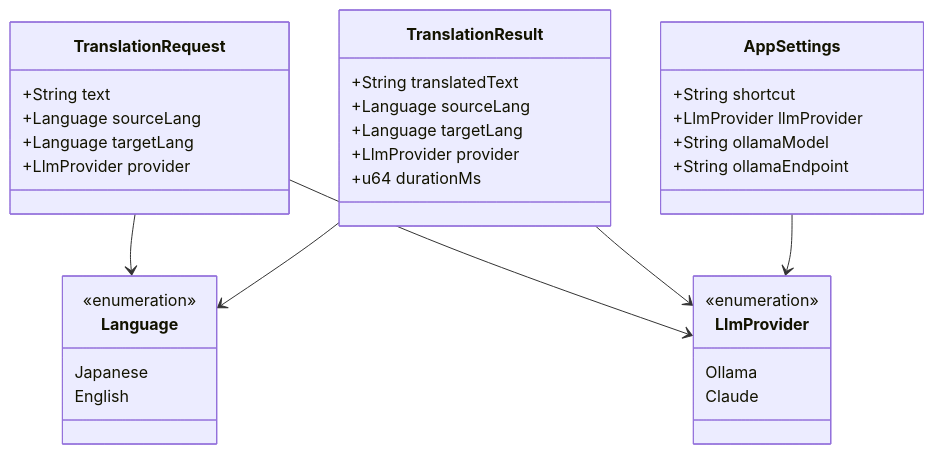
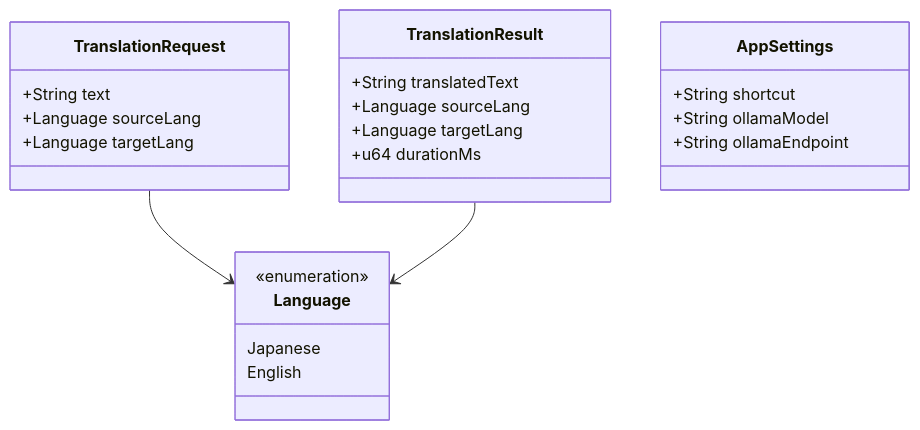
Before and after one commit to sk8metalme/honnyaku: the third of 3 diagrams in .kiro/specs/ai-translation-desktop/design.md, drawn with Mermaid. The commit also changed other lines of this file and 4 other files, not shown here.

````diff
--- a/.kiro/specs/ai-translation-desktop/design.md
+++ b/.kiro/specs/ai-translation-desktop/design.md
@@ -600,42 +535,30 @@
 ```mermaid
 classDiagram
     class TranslationRequest {
         +String text
         +Language sourceLang
         +Language targetLang
-        +LlmProvider provider
     }
 
     class TranslationResult {
         +String translatedText
         +Language sourceLang
         +Language targetLang
-        +LlmProvider provider
         +u64 durationMs
     }
 
     class AppSettings {
         +String shortcut
-        +LlmProvider llmProvider
         +String ollamaModel
         +String ollamaEndpoint
     }
 
     class Language {
         <<enumeration>>
         Japanese
         English
     }
 
-    class LlmProvider {
-        <<enumeration>>
-        Ollama
-        Claude
-    }
-
     TranslationRequest --> Language
-    TranslationRequest --> LlmProvider
     TranslationResult --> Language
-    TranslationResult --> LlmProvider
-    AppSettings --> LlmProvider
 ```
````
